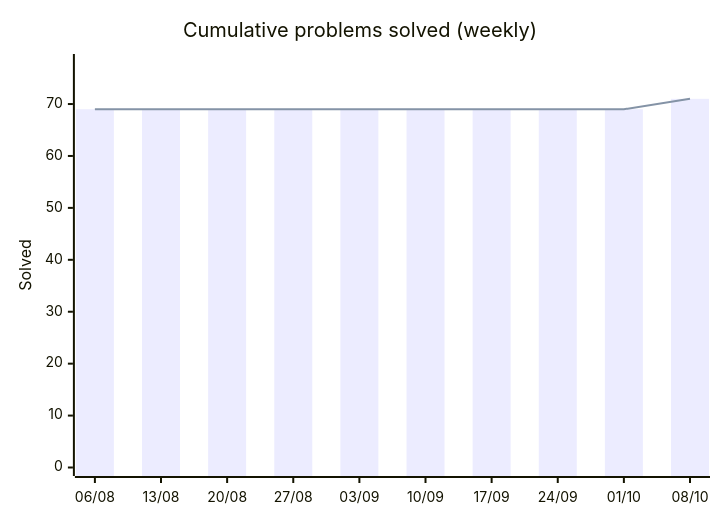
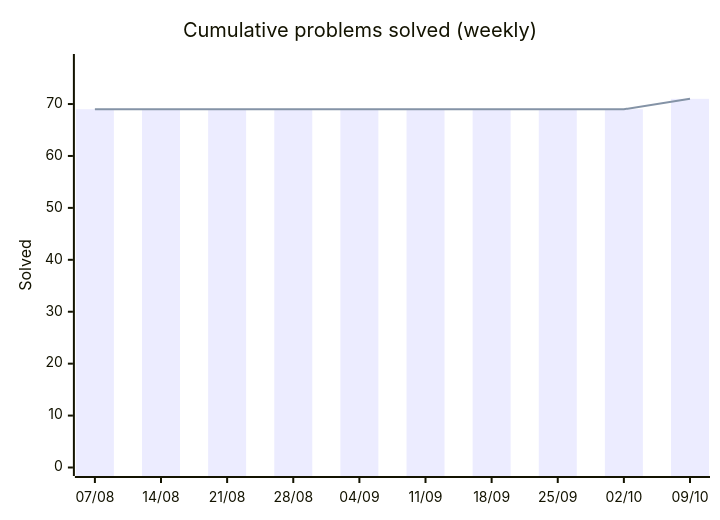
Before and after one commit to HarryTrn/TensorTonic-Solutions: the first of 2 diagrams in README.md, drawn with Mermaid. The commit also changed other lines of this file, not shown here.

Commit message:
docs: auto-update README [skip ci]

````diff
--- a/README.md
+++ b/README.md
@@ -65,8 +65,8 @@
 ```mermaid
 xychart-beta
     title "Cumulative problems solved (weekly)"
-    x-axis ["06/08", "13/08", "20/08", "27/08", "03/09", "10/09", "17/09", "24/09", "01/10", "08/10"]
+    x-axis ["07/08", "14/08", "21/08", "28/08", "04/09", "11/09", "18/09", "25/09", "02/10", "09/10"]
     y-axis "Solved" 0 --> 78
     bar [69, 69, 69, 69, 69, 69, 69, 69, 69, 71]
     line [69, 69, 69, 69, 69, 69, 69, 69, 69, 71]
 ```
````
